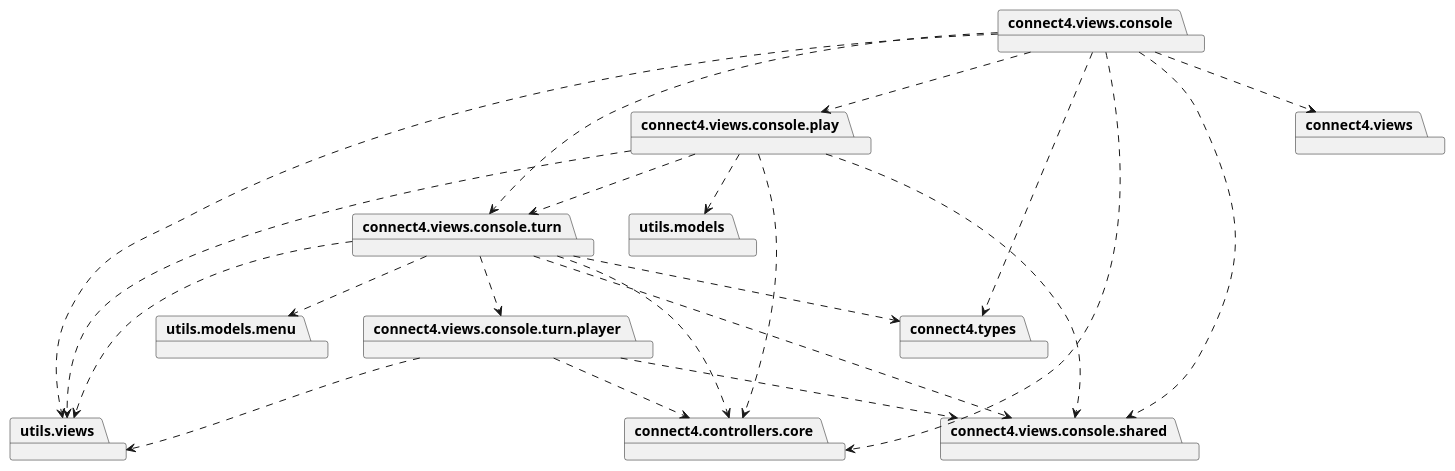
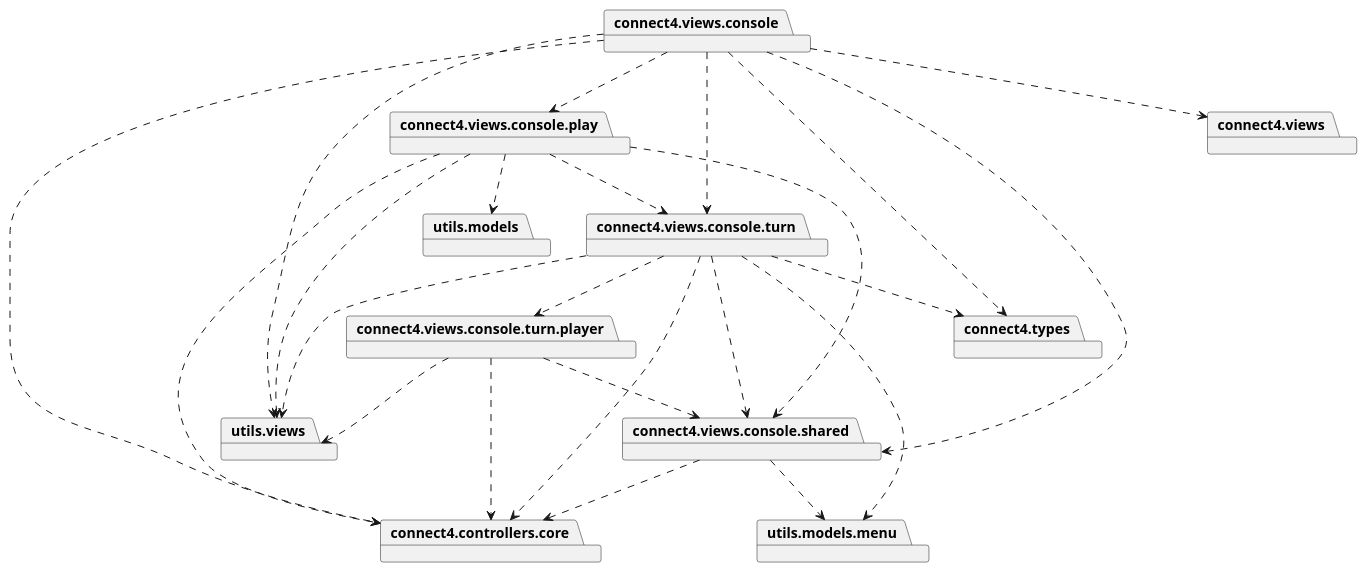
The diagram in connect4/Docs/diagrams/src/packages/connect4.connect4.views.console-pkg.plantuml (js-rom/connect4), drawn with PlantUML before and after one commit. The commit also changed 14 other files, not shown here.

```diff
--- a/connect4/Docs/diagrams/src/packages/connect4.connect4.views.console-pkg.plantuml
+++ b/connect4/Docs/diagrams/src/packages/connect4.connect4.views.console-pkg.plantuml
@@ -1,37 +1,38 @@
 @startuml
 
 package connect4.views.console
 package connect4.views.console.play
 package connect4.views.console.shared
 package connect4.views.console.turn
 package connect4.views.console.turn.player
 package utils.views
 package utils.models.menu
 package connect4.types
 package connect4.controllers.core
 package utils.models
 package connect4.views
 
 connect4.views.console ..> connect4.controllers.core
 connect4.views.console ..> connect4.views
 connect4.views.console ..> connect4.views.console.play
 connect4.views.console ..> utils.views
 connect4.views.console ..> connect4.types
 connect4.views.console ..> connect4.views.console.shared
 connect4.views.console ..> connect4.views.console.turn
 connect4.views.console.play ..> connect4.views.console.turn
 connect4.views.console.play ..> connect4.controllers.core
 connect4.views.console.play ..> connect4.views.console.shared
 connect4.views.console.play ..> utils.models
 connect4.views.console.play ..> utils.views
 connect4.views.console.turn ..> connect4.controllers.core
 connect4.views.console.turn ..> connect4.types
 connect4.views.console.turn ..> utils.models.menu
 connect4.views.console.turn ..> connect4.views.console.shared
 connect4.views.console.turn ..> connect4.views.console.turn.player
 connect4.views.console.turn ..> utils.views
 connect4.views.console.turn.player ..> connect4.controllers.core
 connect4.views.console.turn.player ..> connect4.views.console.shared
 connect4.views.console.turn.player ..> utils.views
-
+connect4.views.console.shared ..> connect4.controllers.core
+connect4.views.console.shared ..> utils.models.menu
 @enduml
```
